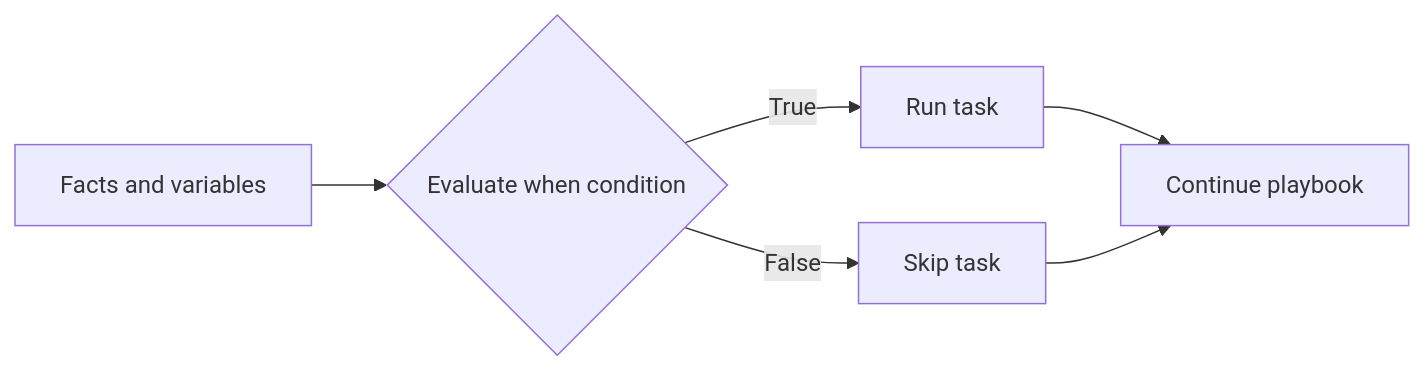
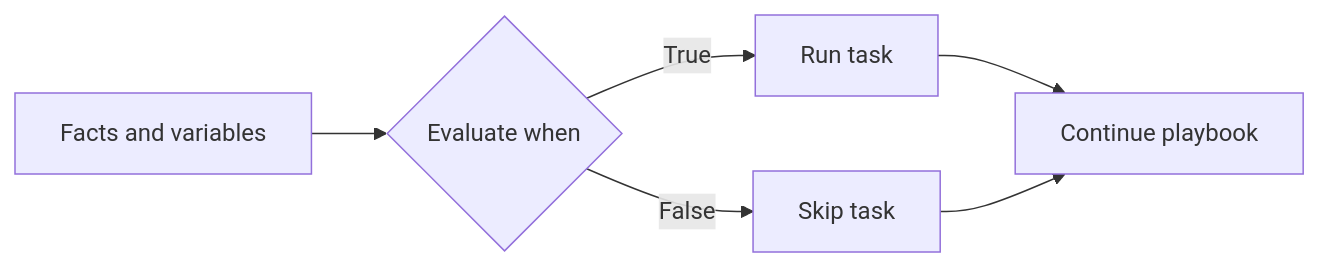
The first of 4 diagrams in module05/conditions-loops-handlers-templates.md (Ansible-workshop-ch/bootcamp), drawn with Mermaid before and after one commit. The commit also changed other lines of this file, not shown here.

````diff
--- a/module05/conditions-loops-handlers-templates.md
+++ b/module05/conditions-loops-handlers-templates.md
@@ -61,8 +85,8 @@
 ```mermaid
 flowchart LR
-    A[Facts and variables] --> B{Evaluate when condition}
+    A[Facts and variables] --> B{Evaluate when}
     B -->|True| C[Run task]
     B -->|False| D[Skip task]
     C --> E[Continue playbook]
     D --> E
 ```
````
